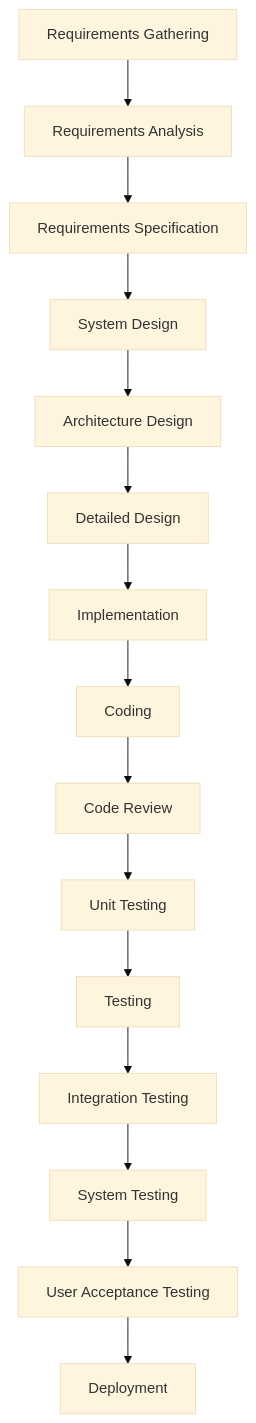
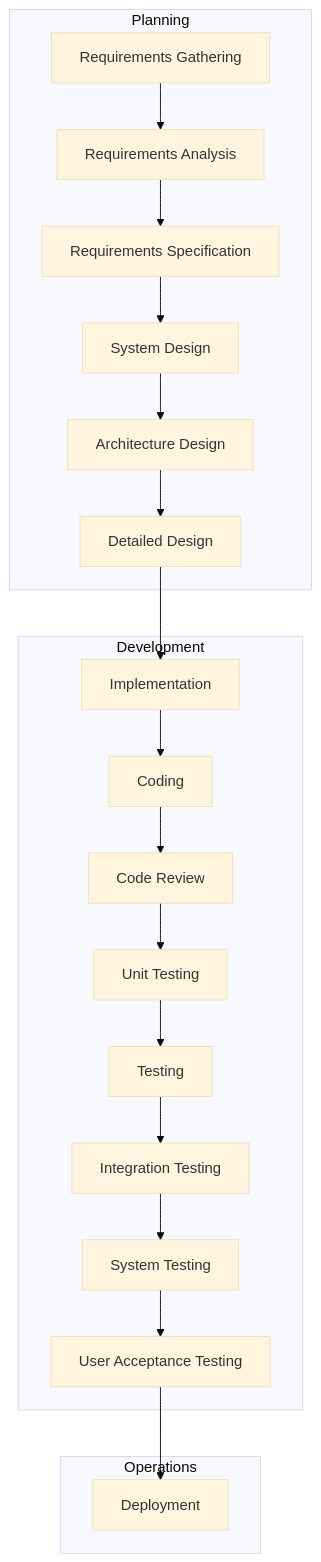
One commit to isauravmanitripathi/Animate-Mermaid-Chart changed diagram 15 of 54 in temp-charts/flowchart_sequence/README.md. Above: the diagram before and after it, drawn with Mermaid (base theme). The commit also changed other lines of this file and 58 other files, not shown here.

Commit message:
added proper working diagrams

````diff
--- a/temp-charts/flowchart_sequence/README.md
+++ b/temp-charts/flowchart_sequence/README.md
@@ -182,17 +349,41 @@
 ```mermaid
 flowchart TD
-A[Requirements Gathering] --> A1[Requirements Analysis]
-A1 --> A2[Requirements Specification]
-A2 --> B[System Design]
-B --> B1[Architecture Design]
-B1 --> B2[Detailed Design]
-B2 --> C[Implementation]
-C --> C1[Coding]
-C1 --> C2[Code Review]
-C2 --> C3[Unit Testing]
-C3 --> D[Testing]
-D --> D1[Integration Testing]
-D1 --> D2[System Testing]
-D2 --> D3[User Acceptance Testing]
-D3 --> E[Deployment]
+    A[Requirements Gathering] --> A1[Requirements Analysis]
+    A1 --> A2[Requirements Specification]
+    A2 --> B[System Design]
+    B --> B1[Architecture Design]
+    B1 --> B2[Detailed Design]
+    B2 --> C[Implementation]
+    C --> C1[Coding]
+    C1 --> C2[Code Review]
+    C2 --> C3[Unit Testing]
+    C3 --> D[Testing]
+    D --> D1[Integration Testing]
+    D1 --> D2[System Testing]
+    D2 --> D3[User Acceptance Testing]
+    D3 --> E[Deployment]
+
+subgraph Planning
+A
+A1
+A2
+B
+B1
+B2
+end
+
+subgraph Development
+C
+C1
+C2
+C3
+D
+D1
+D2
+D3
+end
+
+subgraph Operations
+E
+end
 ```
````
